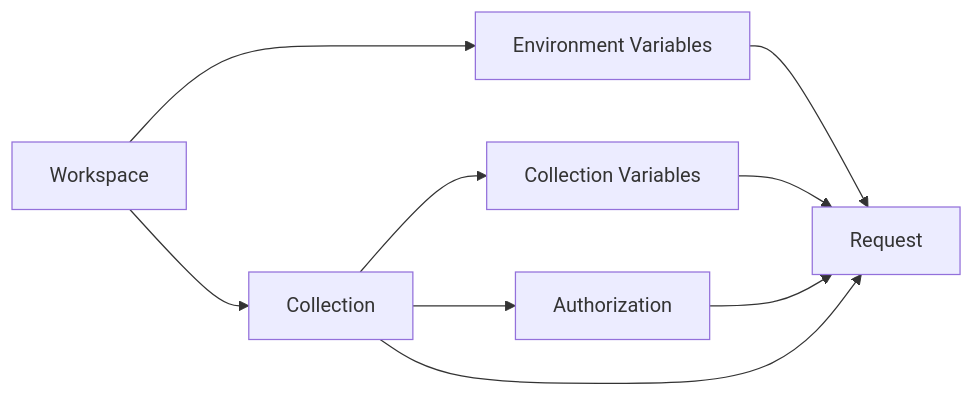
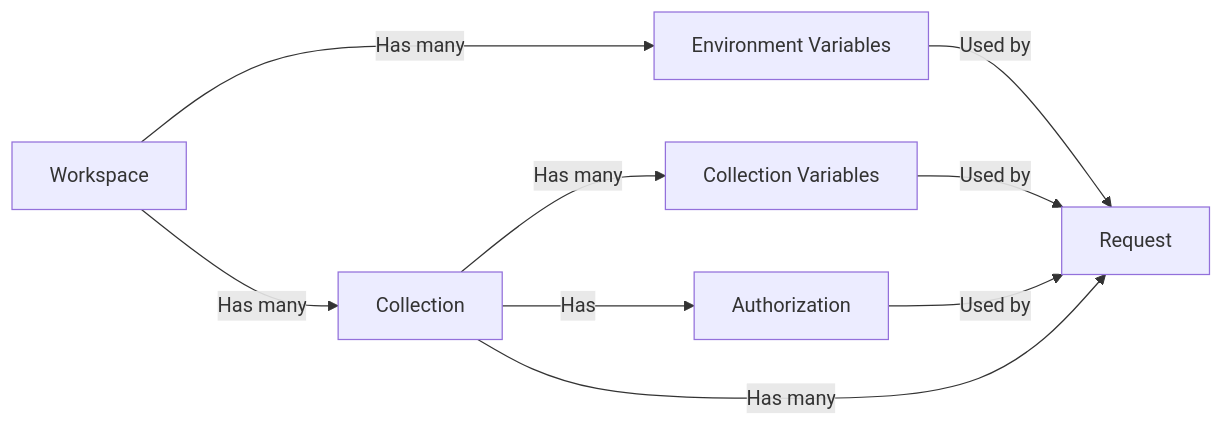
The fifth of 5 diagrams in generator/konfig-docs/blog/2023/07/09-postman-part-1.mdx (taneron/konfig), drawn with Mermaid before and after one commit. The commit also changed other lines of this file and 5 other files, not shown here.

````diff
--- a/generator/konfig-docs/blog/2023/07/09-postman-part-1.mdx
+++ b/generator/konfig-docs/blog/2023/07/09-postman-part-1.mdx
@@ -440,11 +455,11 @@
 ```mermaid
 flowchart LR
-    Workspace --> E[Environment Variables]
-    Workspace --> Collection
-    Collection --> CV[Collection Variables]
-    E --> Request
-    CV --> Request
-    Authorization --> Request
-    Collection --> Request
-    Collection --> Authorization
+    Workspace -->|Has many| E[Environment Variables]
+    Workspace -->|Has many| Collection
+    Collection -->|Has many| CV[Collection Variables]
+    E -->|Used by| Request
+    CV -->|Used by| Request
+    Authorization -->|Used by| Request
+    Collection -->|Has many| Request
+    Collection -->|Has| Authorization
 ```
````
